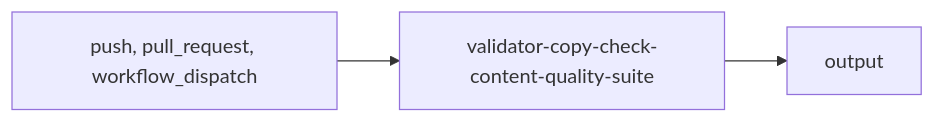
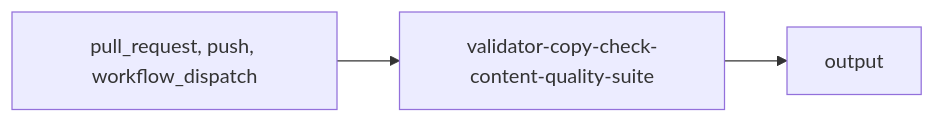
The diagram in .github/workspace/actions-library/validators/copy/validator-copy-check-content-quality-suite.mdx (its-DeFine/docs), drawn with Mermaid before and after one commit. The commit also changed other lines of this file and 57 other files, not shown here.

````diff
--- a/.github/workspace/actions-library/validators/copy/validator-copy-check-content-quality-suite.mdx
+++ b/.github/workspace/actions-library/validators/copy/validator-copy-check-content-quality-suite.mdx
@@ -43,5 +43,5 @@
 ```mermaid
 graph LR
-    TRIGGER["push, pull_request, workflow_dispatch"] --> WF["validator-copy-check-content-quality-suite"]
+    TRIGGER["pull_request, push, workflow_dispatch"] --> WF["validator-copy-check-content-quality-suite"]
     WF --> OUTPUT["output"]
 ```
````
